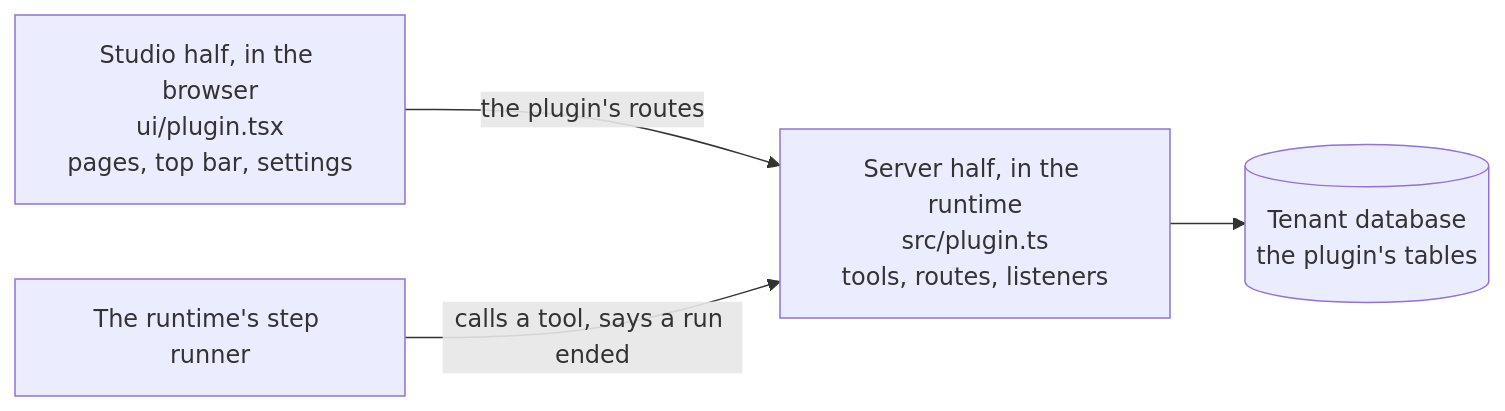
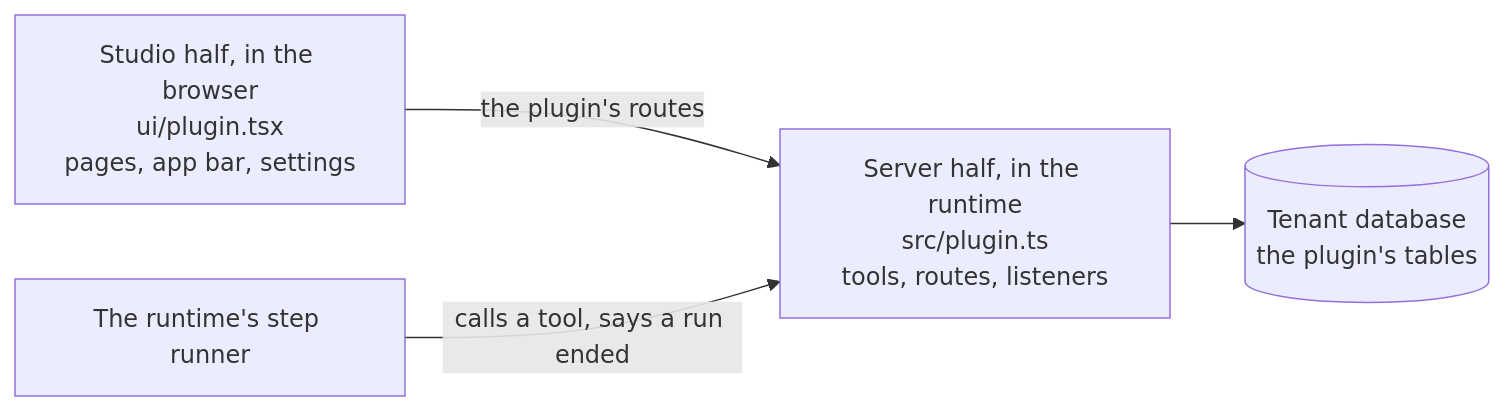
The diagram in docs/content/dev/plugins/index.md (engenty/engenty-wizards), drawn with Mermaid before and after one commit. The commit also changed other lines of this file and 4 other files, not shown here.

Commit message:
docs(plugins): a plugin's icon stands in the app bar, where the top bar was

````diff
--- a/docs/content/dev/plugins/index.md
+++ b/docs/content/dev/plugins/index.md
@@ -41,10 +41,10 @@
 ```mermaid
 flowchart LR
-  page["Studio half, in the browser<br/>ui/plugin.tsx<br/>pages, top bar, settings"]
+  page["Studio half, in the browser<br/>ui/plugin.tsx<br/>pages, app bar, settings"]
   runner["The runtime's step runner"]
   server["Server half, in the runtime<br/>src/plugin.ts<br/>tools, routes, listeners"]
   db[("Tenant database<br/>the plugin's tables")]
   page -- "the plugin's routes" --> server
   runner -- "calls a tool, says a run ended" --> server
   server --> db
 ```
````
